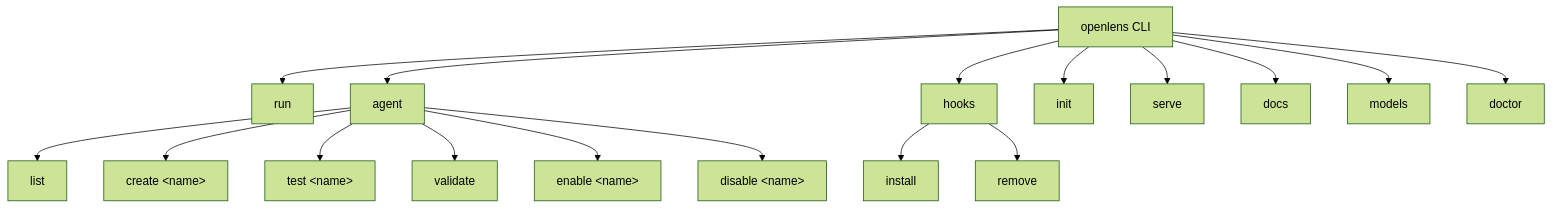
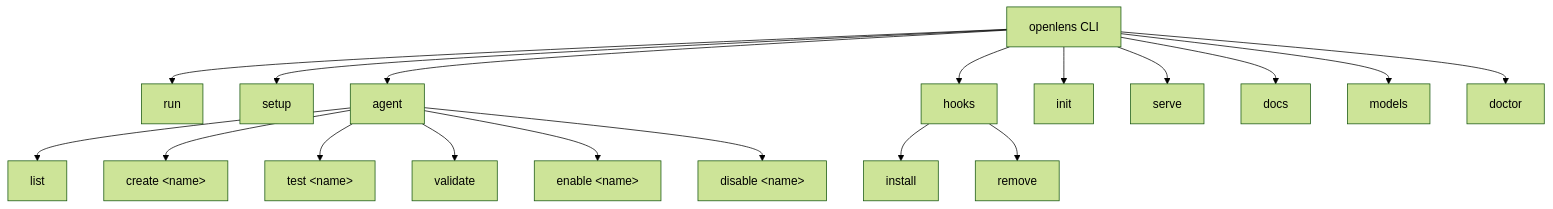
Before and after one commit to Traves-Theberge/openlens: the diagram in wiki/6-cli-reference.md, drawn with Mermaid (forest theme). The commit also changed other lines of this file and 48 other files, not shown here.

````diff
--- a/wiki/6-cli-reference.md
+++ b/wiki/6-cli-reference.md
@@ -24,22 +25,23 @@
 ```mermaid
 graph TD
     CLI[openlens CLI]
     CLI --> run[run]
+    CLI --> setup[setup]
     CLI --> agent[agent]
     CLI --> hooks[hooks]
     CLI --> init[init]
     CLI --> serve[serve]
     CLI --> docs[docs]
     CLI --> models[models]
     CLI --> doctor[doctor]
 
     agent --> list[list]
     agent --> create["create &lt;name&gt;"]
     agent --> test["test &lt;name&gt;"]
     agent --> validate[validate]
     agent --> enable["enable &lt;name&gt;"]
     agent --> disable["disable &lt;name&gt;"]
 
     hooks --> install[install]
     hooks --> remove[remove]
 ```
````
